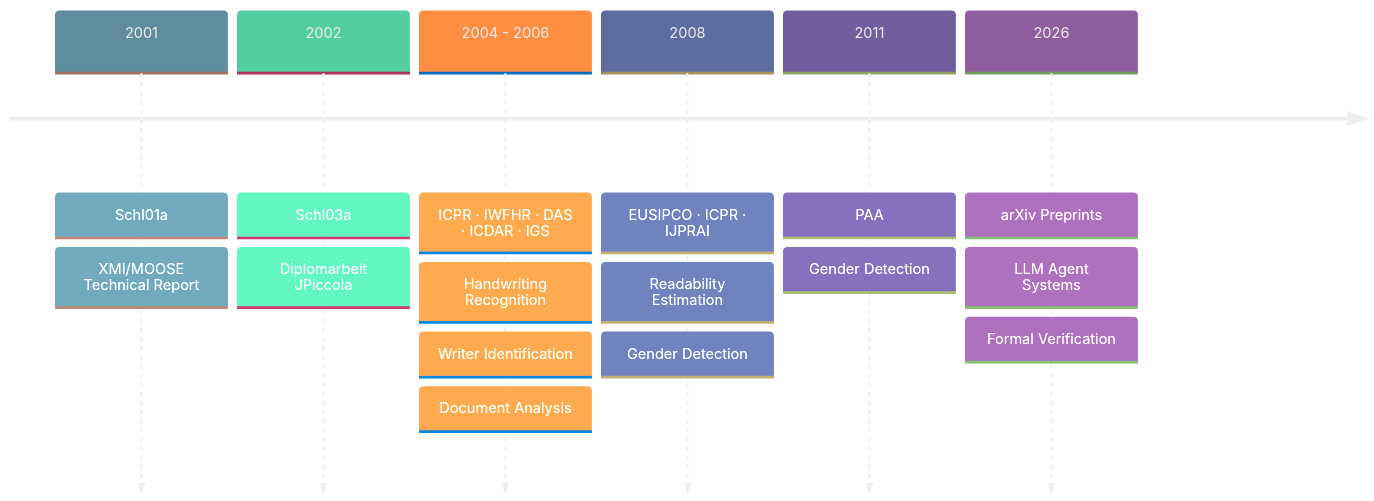
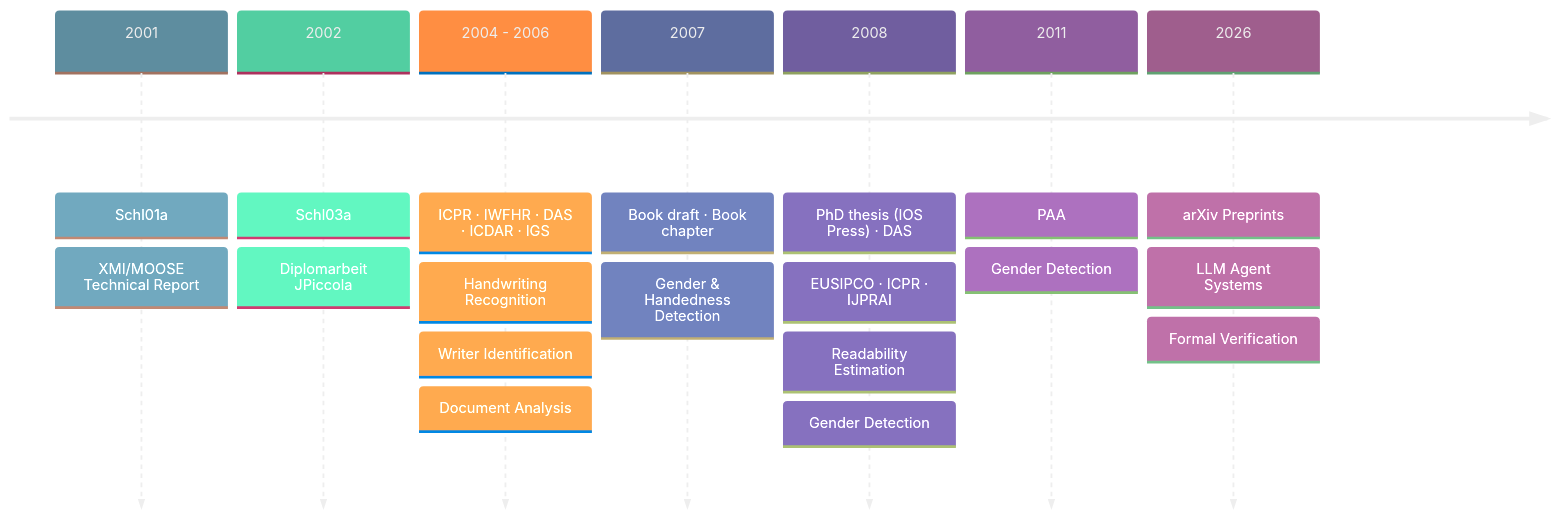
One commit to schlpbch/publications changed the second of 2 diagrams in README.md. Above: the diagram before and after it, drawn with Mermaid. The commit also changed other lines of this file, not shown here.

````diff
--- a/README.md
+++ b/README.md
@@ -136,21 +136,24 @@
 ```mermaid
 %%{init: {'theme': 'base', 'themeVariables': {'primaryColor': '#aec6cf', 'primaryTextColor': '#eee', 'primaryBorderColor': '#eee', 'lineColor': '#999999', 'secondaryColor': '#b5ead7', 'tertiaryColor': '#ffdac1'}}}%%
 timeline
 
     2001        : Schl01a
                 : XMI/MOOSE Technical Report
     2002        : Schl03a
                 : Diplomarbeit JPiccola
     2004 - 2006 : ICPR · IWFHR · DAS · ICDAR · IGS
                 : Handwriting Recognition
                 : Writer Identification
                 : Document Analysis
-    2008        : EUSIPCO · ICPR · IJPRAI
+    2007        : Book draft · Book chapter
+                : Gender & Handedness Detection
+    2008        : PhD thesis (IOS Press) · DAS
+                : EUSIPCO · ICPR · IJPRAI
                 : Readability Estimation
                 : Gender Detection
     2011        : PAA
                 : Gender Detection
     2026        : arXiv Preprints
                 : LLM Agent Systems
                 : Formal Verification
 ```
````
